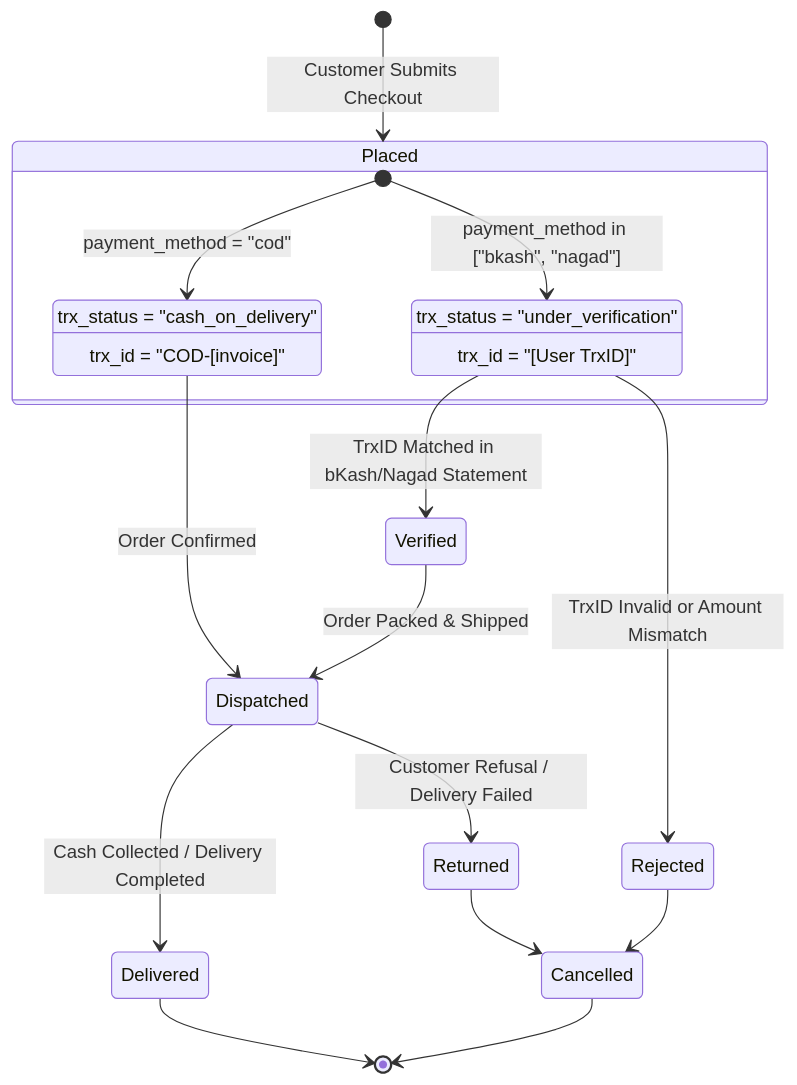
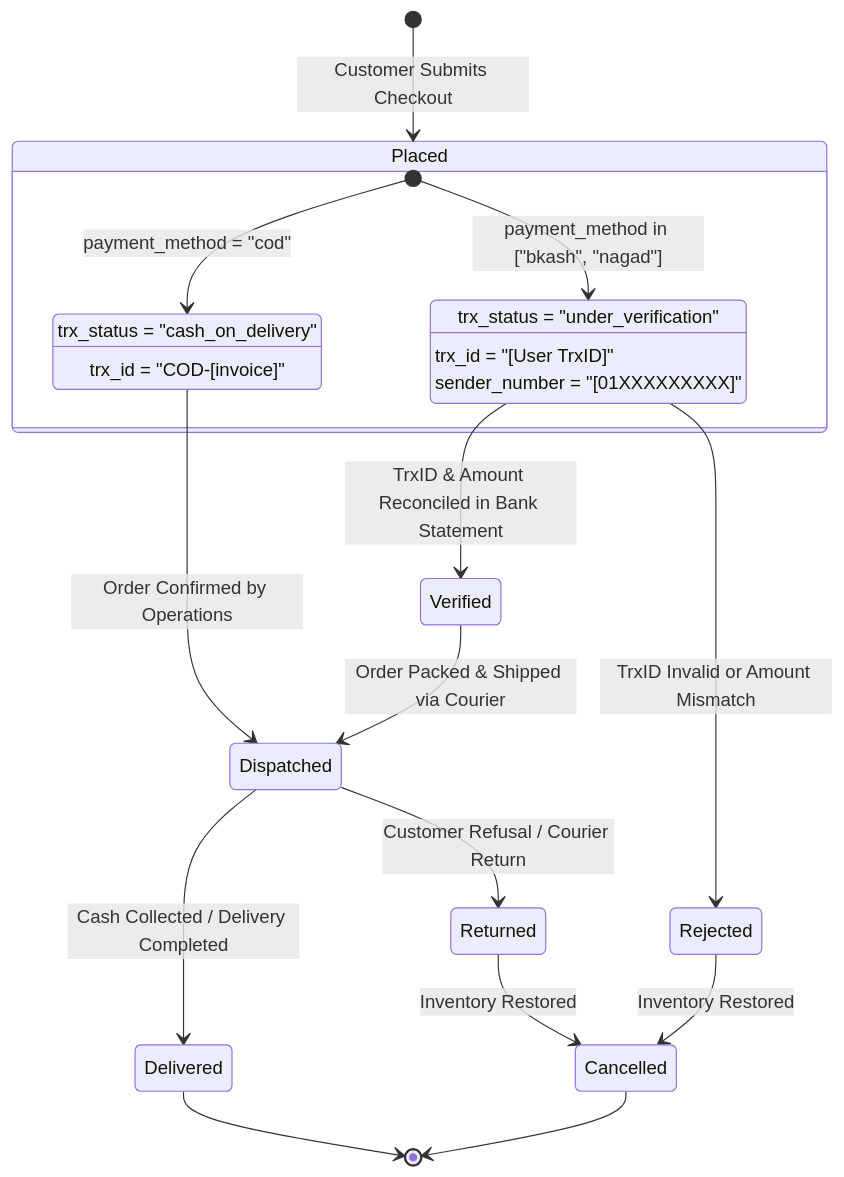
Before and after one commit to AdnanInTheSky/notun_rawgadz: the fifth of 5 diagrams in update.md, drawn with Mermaid. The commit also changed other lines of this file and 27 other files, not shown here.

````diff
--- a/update.md
+++ b/update.md
@@ -392,28 +527,29 @@
 ```mermaid
 stateDiagram-v2
     [*] --> Placed: Customer Submits Checkout
 
     state Placed {
         [*] --> COD_Pending: payment_method = "cod"
         [*] --> MFS_Pending: payment_method in ["bkash", "nagad"]
         
         COD_Pending: trx_status = "cash_on_delivery"
         COD_Pending: trx_id = "COD-[invoice]"
         
         MFS_Pending: trx_status = "under_verification"
         MFS_Pending: trx_id = "[User TrxID]"
+        MFS_Pending: sender_number = "[01XXXXXXXXX]"
     }
 
-    COD_Pending --> Dispatched: Order Confirmed
-    MFS_Pending --> Verified: TrxID Matched in bKash/Nagad Statement
+    COD_Pending --> Dispatched: Order Confirmed by Operations
+    MFS_Pending --> Verified: TrxID & Amount Reconciled in Bank Statement
     MFS_Pending --> Rejected: TrxID Invalid or Amount Mismatch
 
-    Verified --> Dispatched: Order Packed & Shipped
+    Verified --> Dispatched: Order Packed & Shipped via Courier
     Dispatched --> Delivered: Cash Collected / Delivery Completed
-    Dispatched --> Returned: Customer Refusal / Delivery Failed
+    Dispatched --> Returned: Customer Refusal / Courier Return
 
-    Rejected --> Cancelled
-    Returned --> Cancelled
+    Rejected --> Cancelled: Inventory Restored
+    Returned --> Cancelled: Inventory Restored
     Delivered --> [*]
     Cancelled --> [*]
 ```
````
